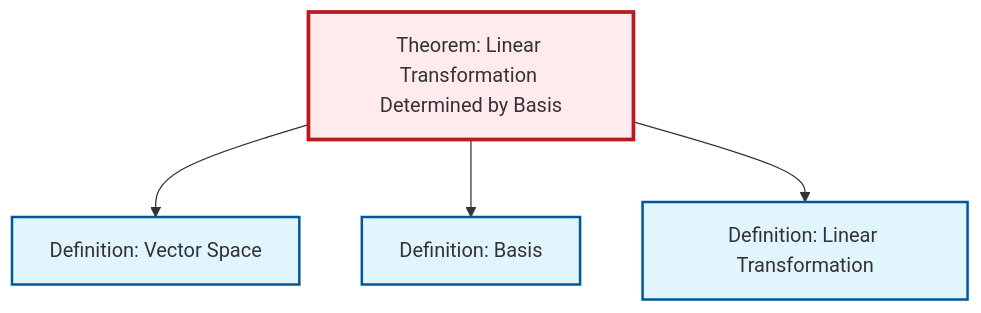
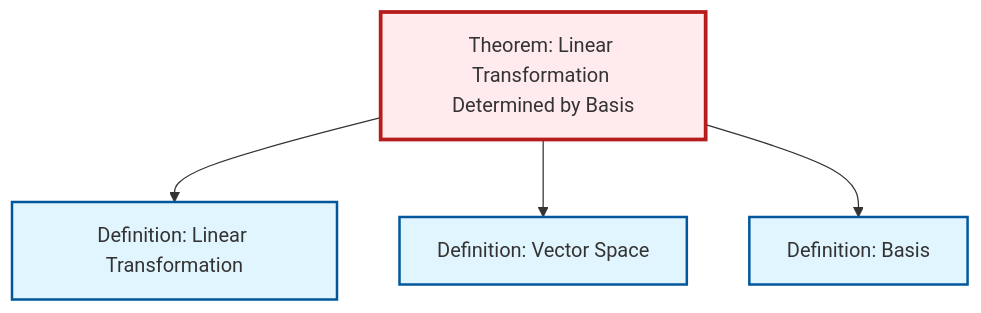
Before and after one commit to RK0429/ModernMath: the diagram in content/en/algebra/thm-linear-transformation-basis.qmd, drawn with Mermaid. The commit also changed other lines of this file and 1069 other files, not shown here.

````diff
--- a/content/en/algebra/thm-linear-transformation-basis.qmd
+++ b/content/en/algebra/thm-linear-transformation-basis.qmd
@@ -47,20 +47,20 @@
 ```{mermaid}
 %%| fig-cap: "Local dependency graph"
 graph TD
     classDef definition fill:#e1f5fe,stroke:#01579b,stroke-width:2px
     classDef theorem fill:#f3e5f5,stroke:#4a148c,stroke-width:2px
     classDef axiom fill:#fff3e0,stroke:#e65100,stroke-width:2px
     classDef example fill:#e8f5e9,stroke:#1b5e20,stroke-width:2px
     classDef current fill:#ffebee,stroke:#b71c1c,stroke-width:3px
     def-basis["Definition: Basis"]:::definition
     def-linear-transformation["Definition: Linear Transformation"]:::definition
     thm-linear-transformation-basis["Theorem: Linear Transformation Determined by Basis"]:::theorem
     def-vector-space["Definition: Vector Space"]:::definition
+    thm-linear-transformation-basis --> def-linear-transformation
     thm-linear-transformation-basis --> def-vector-space
     thm-linear-transformation-basis --> def-basis
-    thm-linear-transformation-basis --> def-linear-transformation
     class thm-linear-transformation-basis current
     click def-basis "def-basis.html" "Go to Basis definition"
     click def-linear-transformation "def-linear-transformation.html" "Go to Linear Transformation definition"
     click def-vector-space "def-vector-space.html" "Go to Vector Space definition"
 ```
````
